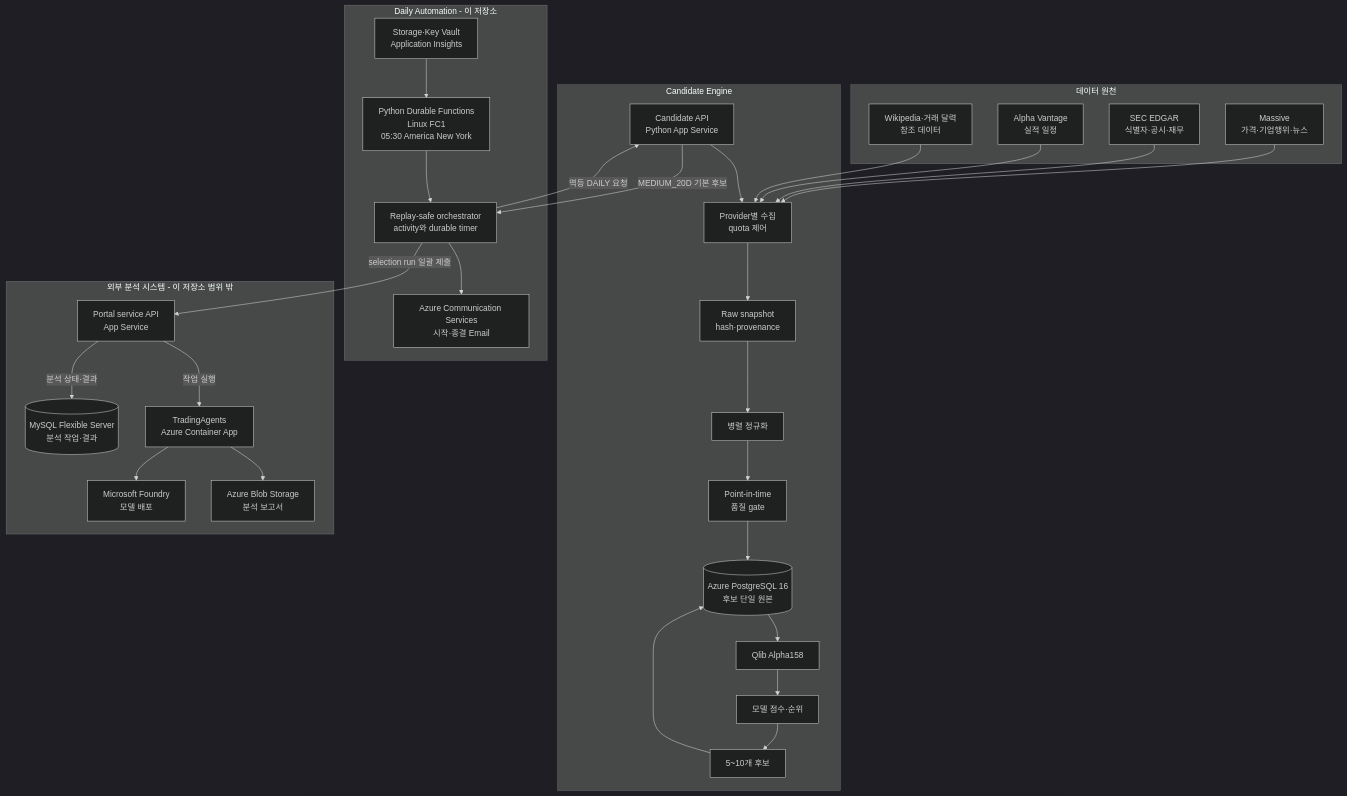
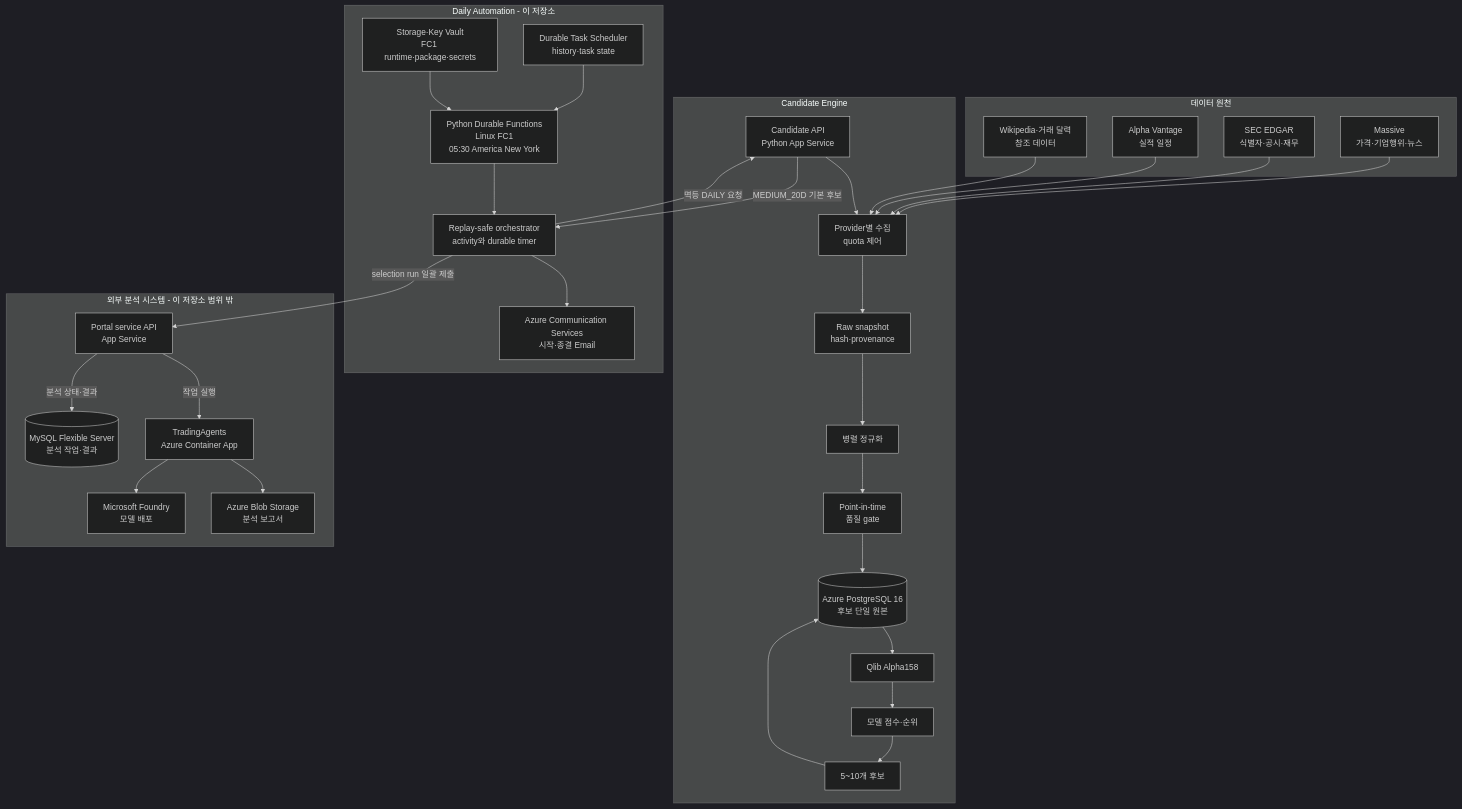
One commit to brjeong-private/sp500-candidate-engine changed the first of 5 diagrams in README.md. Above: the diagram before and after it, drawn with Mermaid (dark theme). The commit also changed other lines of this file and 12 other files, not shown here.

````diff
--- a/README.md
+++ b/README.md
@@ -86,55 +86,57 @@
 ```mermaid
 flowchart TB
     subgraph Sources["데이터 원천"]
         Massive["Massive<br/>가격·기업행위·뉴스"]
         SEC["SEC EDGAR<br/>식별자·공시·재무"]
         Alpha["Alpha Vantage<br/>실적 일정"]
         Reference["Wikipedia·거래 달력<br/>참조 데이터"]
     end
 
     subgraph Candidate["Candidate Engine"]
         CandidateApi["Candidate API<br/>Python App Service"]
         Collectors["Provider별 수집<br/>quota 제어"]
         Raw["Raw snapshot<br/>hash·provenance"]
         Normalize["병렬 정규화"]
         Gates["Point-in-time<br/>품질 gate"]
         Features["Qlib Alpha158"]
         Scores["모델 점수·순위"]
         Candidates["5~10개 후보"]
         PostgreSQL[("Azure PostgreSQL 16<br/>후보 단일 원본")]
     end
 
     subgraph Automation["Daily Automation - 이 저장소"]
         Timer["Python Durable Functions<br/>Linux FC1<br/>05:30 America New York"]
         Durable["Replay-safe orchestrator<br/>activity와 durable timer"]
         ACS["Azure Communication Services<br/>시작·종결 Email"]
-        State["Storage·Key Vault<br/>Application Insights"]
+        State["Durable Task Scheduler<br/>history·task state"]
+        Runtime["Storage·Key Vault<br/>FC1 runtime·package·secrets"]
     end
 
     subgraph External["외부 분석 시스템 - 이 저장소 범위 밖"]
         Portal["Portal service API<br/>App Service"]
         MySQL[("MySQL Flexible Server<br/>분석 작업·결과")]
         TradingAgents["TradingAgents<br/>Azure Container App"]
         Foundry["Microsoft Foundry<br/>모델 배포"]
         Reports["Azure Blob Storage<br/>분석 보고서"]
     end
 
     Massive --> Collectors
     SEC --> Collectors
     Alpha --> Collectors
     Reference --> Collectors
     CandidateApi --> Collectors
     Collectors --> Raw --> Normalize --> Gates --> PostgreSQL
     PostgreSQL --> Features --> Scores --> Candidates --> PostgreSQL
 
     Timer --> Durable
     State --> Timer
+    Runtime --> Timer
     Durable -->|"멱등 DAILY 요청"| CandidateApi
     CandidateApi -->|"MEDIUM_20D 기본 후보"| Durable
     Durable -->|"selection run 일괄 제출"| Portal
     Portal -->|"작업 실행"| TradingAgents
     Portal -->|"분석 상태·결과"| MySQL
     TradingAgents --> Foundry
     TradingAgents --> Reports
     Durable --> ACS
 ```
````
